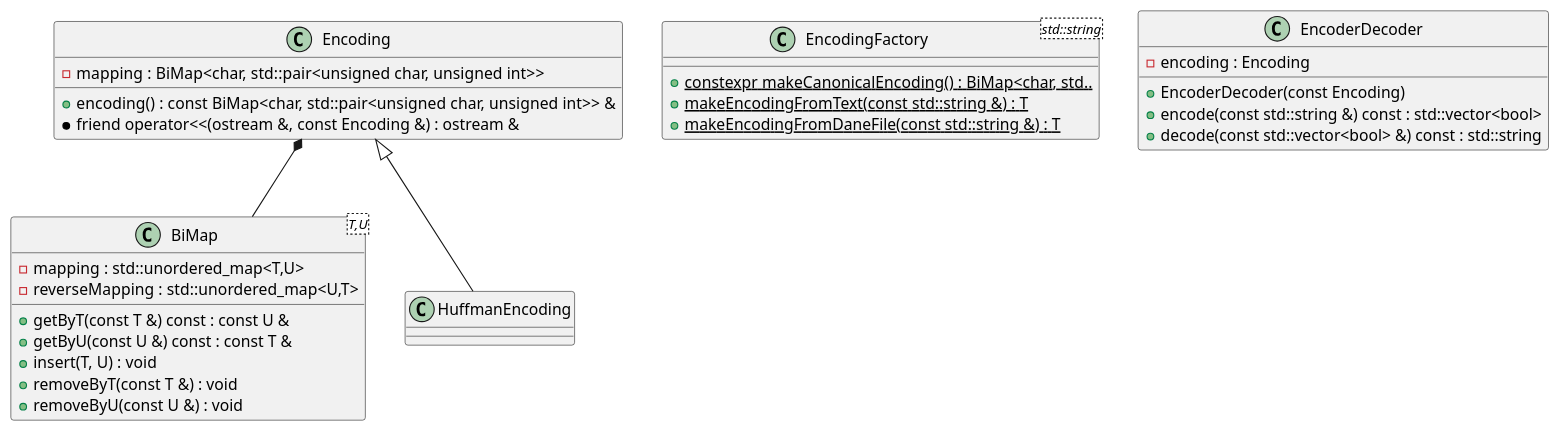
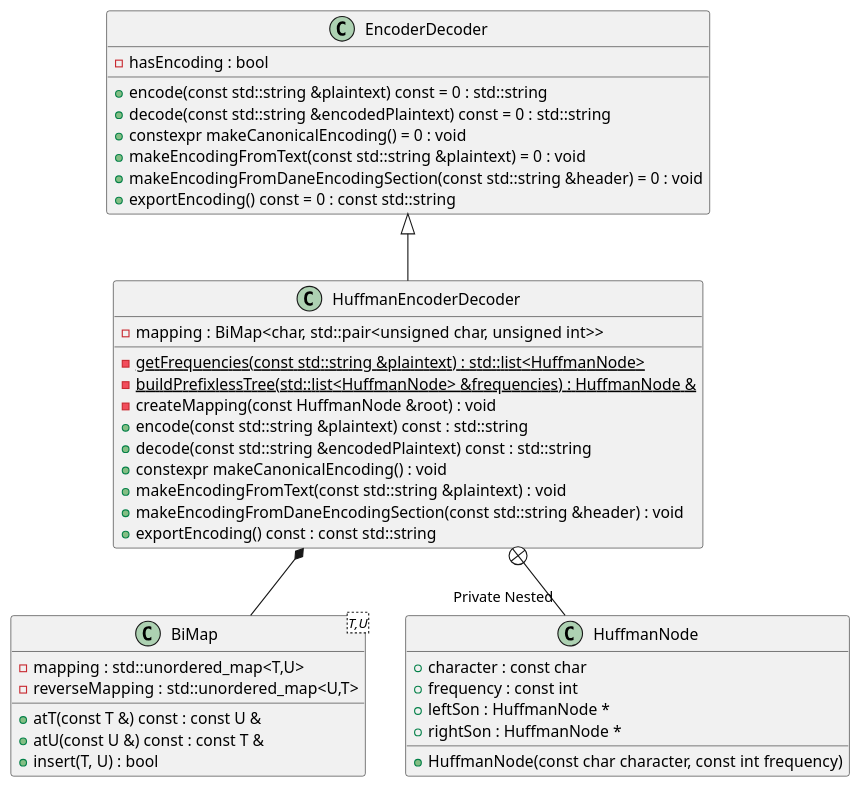
One commit to dan1994/cpp--dane changed the diagram in docs/design.puml. Above: the diagram before and after it, drawn with PlantUML.

Commit message:
[WIP] A new design with less classes. Need to finish up with the DANE header

```diff
--- a/docs/design.puml
+++ b/docs/design.puml
@@ -1,37 +1,44 @@
 @startuml dane
 class BiMap<T,U> {
 	- {field}	mapping : std::unordered_map<T,U>
 	- {field}	reverseMapping : std::unordered_map<U,T>
-	+ {method}	getByT(const T &) const : const U &
-	+ {method}	getByU(const U &) const : const T &
-	+ {method}	insert(T, U) : void
-	+ {method}	removeByT(const T &) : void
-	+ {method}	removeByU(const U &) : void
-}
-
-class EncodingFactory<std::string> {
-	+ {method}	{static} constexpr makeCanonicalEncoding() : BiMap<char, std..
-	+ {method}	{static} makeEncodingFromText(const std::string &) : T
-	+ {method}	{static} makeEncodingFromDaneFile(const std::string &) : T
-}
-
-class Encoding {
-	- {field}	mapping : BiMap<char, std::pair<unsigned char, unsigned int>>
-	+ {method}	encoding() : const BiMap<char, std::pair<unsigned char, unsigned int>> &
-	* {method}	friend operator<<(ostream &, const Encoding &) : ostream &
-}
-
-class HuffmanEncoding {
-	{method}
+	+ {method}	atT(const T &) const : const U &
+	+ {method}	atU(const U &) const : const T &
+	+ {method}	insert(T, U) : bool
 }
 
 class EncoderDecoder {
-	- {field}	encoding : Encoding
-	+ {method}	EncoderDecoder(const Encoding)
-	+ {method}	encode(const std::string &) const : std::vector<bool>
-	+ {method}	decode(const std::vector<bool> &) const : std::string
+	- {field}	hasEncoding : bool
+	+ {method}	encode(const std::string &plaintext) const = 0 : std::string
+	+ {method}	decode(const std::string &encodedPlaintext) const = 0 : std::string
+	+ {method}	constexpr makeCanonicalEncoding() = 0 : void
+	+ {method}	makeEncodingFromText(const std::string &plaintext) = 0 : void
+	+ {method}	makeEncodingFromDaneEncodingSection(const std::string &header) = 0 : void
+	+ {method}	exportEncoding() const = 0 : const std::string
 }
 
-Encoding <|-- HuffmanEncoding
-Encoding *-- BiMap
+class HuffmanEncoderDecoder {
+	- {field}	mapping : BiMap<char, std::pair<unsigned char, unsigned int>>
+	- {method}	{static} getFrequencies(const std::string &plaintext) : std::list<HuffmanNode>
+	- {method}	{static} buildPrefixlessTree(std::list<HuffmanNode> &frequencies) : HuffmanNode &
+	- {method}	createMapping(const HuffmanNode &root) : void
+	+ {method}	encode(const std::string &plaintext) const : std::string
+	+ {method}	decode(const std::string &encodedPlaintext) const : std::string
+	+ {method}	constexpr makeCanonicalEncoding() : void
+	+ {method}	makeEncodingFromText(const std::string &plaintext) : void
+	+ {method}	makeEncodingFromDaneEncodingSection(const std::string &header) : void
+	+ {method}	exportEncoding() const : const std::string
+}
+
+class HuffmanNode {
+	+ {field}	character : const char
+	+ {field}	frequency : const int
+	+ {field}	leftSon : HuffmanNode *
+	+ {field}	rightSon : HuffmanNode *
+	+ {method}	HuffmanNode(const char character, const int frequency)
+}
+
+EncoderDecoder <|-- HuffmanEncoderDecoder
+HuffmanEncoderDecoder *-- BiMap
+HuffmanEncoderDecoder +-- "Private Nested" HuffmanNode
 @enduml
```
